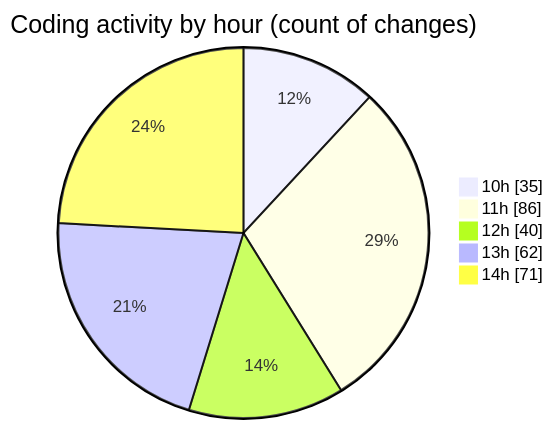
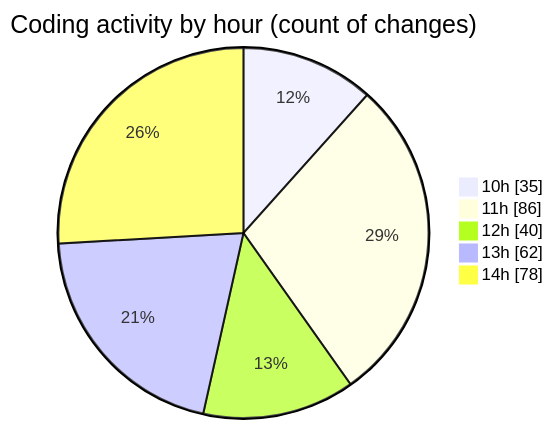
The second of 2 diagrams in 2025-03-28/cda/README.md (momahboobian/code-tracking), drawn with Mermaid before and after one commit. The commit also changed other lines of this file and 1 other file, not shown here.

````diff
--- a/2025-03-28/cda/README.md
+++ b/2025-03-28/cda/README.md
@@ -37,9 +37,9 @@
 ```mermaid
 pie showData
 title Coding activity by hour (count of changes)
 "10h" : 35
 "11h" : 86
 "12h" : 40
 "13h" : 62
-"14h" : 71
+"14h" : 78
 ```
````
